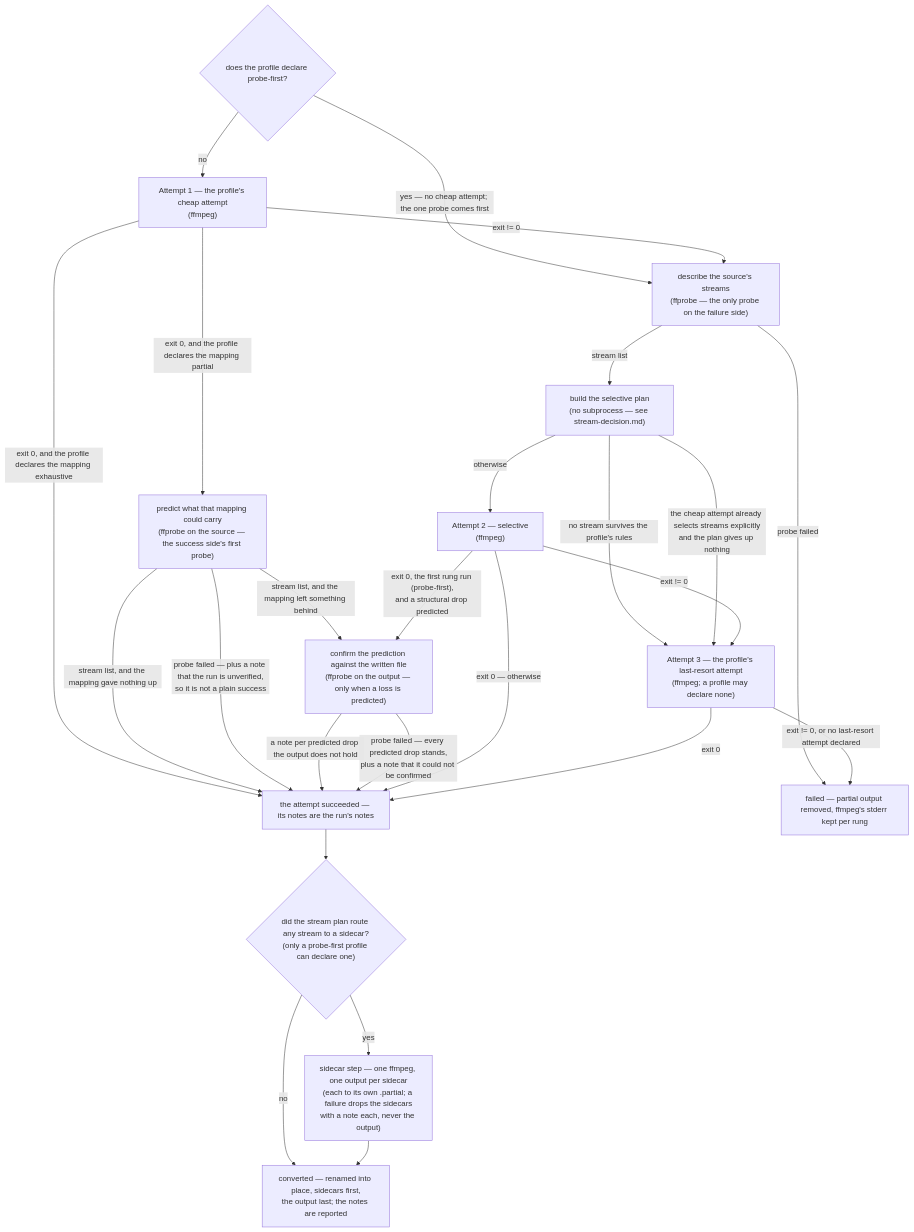
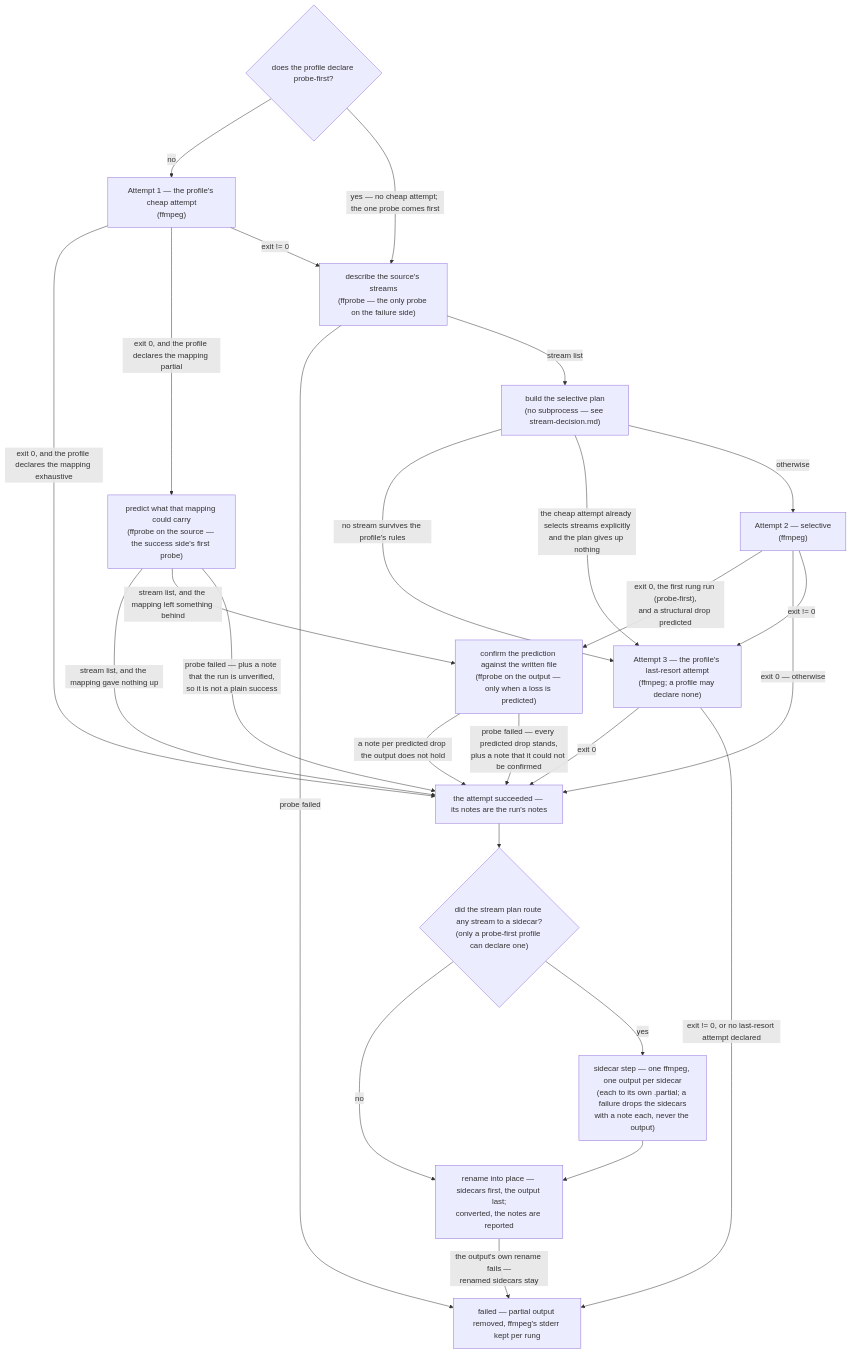
One commit to bhemsen/converter changed the diagram in docs/design/degradation-ladder.md. Above: the diagram before and after it, drawn with Mermaid. The commit also changed 3 other files, not shown here.

````diff
--- a/docs/design/degradation-ladder.md
+++ b/docs/design/degradation-ladder.md
@@ -17,41 +17,42 @@
 ```mermaid
 flowchart TD
     PF{"does the profile declare probe-first?"}
     A["Attempt 1 — the profile's cheap attempt<br/>(ffmpeg)"]
     V["predict what that mapping could carry<br/>(ffprobe on the source — the success side's first probe)"]
     C["confirm the prediction against the written file<br/>(ffprobe on the output — only when a loss is predicted)"]
     P["describe the source's streams<br/>(ffprobe — the only probe on the failure side)"]
     PLAN["build the selective plan<br/>(no subprocess — see stream-decision.md)"]
     SEL["Attempt 2 — selective<br/>(ffmpeg)"]
     FIN["Attempt 3 — the profile's last-resort attempt<br/>(ffmpeg; a profile may declare none)"]
     OK["the attempt succeeded — its notes are the run's notes"]
     SCQ{"did the stream plan route any stream to a sidecar?<br/>(only a probe-first profile can declare one)"}
     SCS["sidecar step — one ffmpeg, one output per sidecar<br/>(each to its own .partial; a failure drops the sidecars<br/>with a note each, never the output)"]
-    DONE["converted — renamed into place, sidecars first,<br/>the output last; the notes are reported"]
+    DONE["rename into place — sidecars first, the output last;<br/>converted, the notes are reported"]
     BAD["failed — partial output removed, ffmpeg's stderr kept per rung"]
 
     PF -->|"no"| A
     PF -->|"yes — no cheap attempt; the one probe comes first"| P
     A -->|"exit 0, and the profile declares the mapping exhaustive"| OK
     A -->|"exit 0, and the profile declares the mapping partial"| V
     V -->|"stream list, and the mapping gave nothing up"| OK
     V -->|"stream list, and the mapping left something behind"| C
     V -->|"probe failed — plus a note that the run is unverified,<br/>so it is not a plain success"| OK
     C -->|"a note per predicted drop the output does not hold"| OK
     C -->|"probe failed — every predicted drop stands,<br/>plus a note that it could not be confirmed"| OK
     A -->|"exit != 0"| P
     P -->|"probe failed"| BAD
     P -->|"stream list"| PLAN
     PLAN -->|"no stream survives the profile's rules"| FIN
     PLAN -->|"the cheap attempt already selects streams explicitly<br/>and the plan gives up nothing"| FIN
     PLAN -->|"otherwise"| SEL
     SEL -->|"exit 0, the first rung run (probe-first),<br/>and a structural drop predicted"| C
     SEL -->|"exit 0 — otherwise"| OK
     SEL -->|"exit != 0"| FIN
     FIN -->|"exit 0"| OK
     FIN -->|"exit != 0, or no last-resort attempt declared"| BAD
     OK --> SCQ
     SCQ -->|"no"| DONE
     SCQ -->|"yes"| SCS
     SCS --> DONE
+    DONE -->|"the output's own rename fails —<br/>renamed sidecars stay"| BAD
 ```
````
